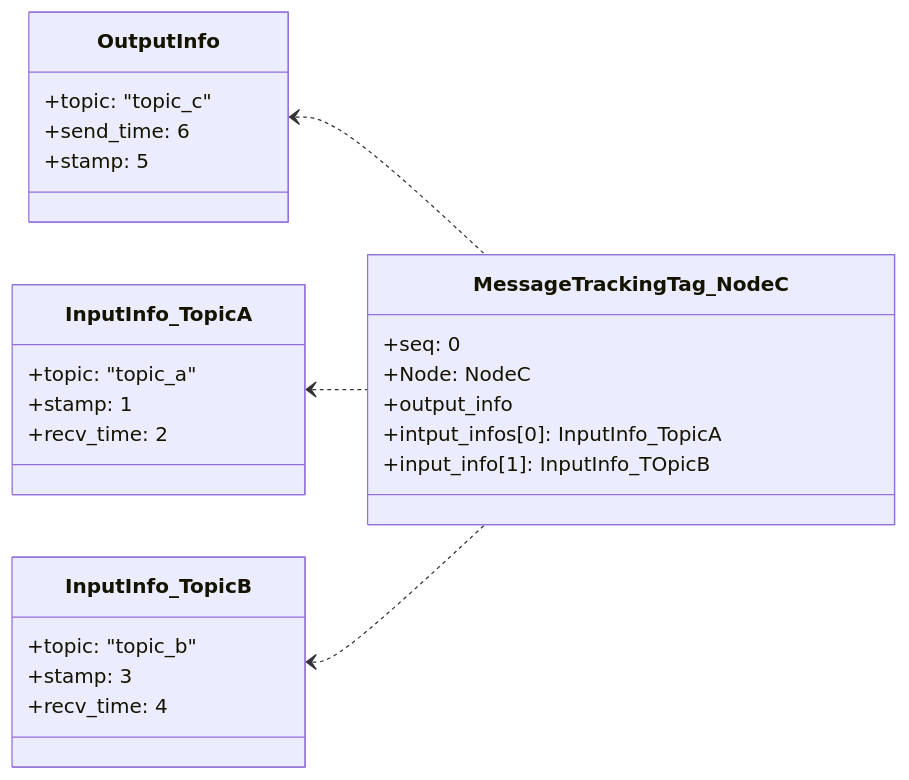
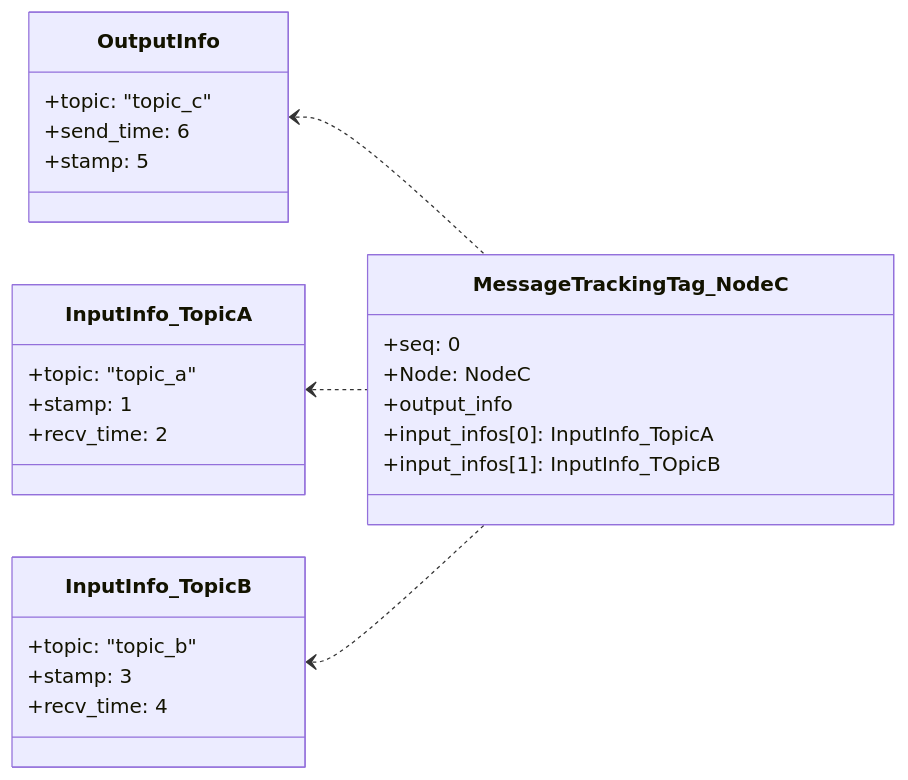
Before and after one commit to tier4/TILDE: the third of 7 diagrams in doc/mechanism.md, drawn with Mermaid. The commit also changed other lines of this file and 3 other files, not shown here.

````diff
--- a/doc/mechanism.md
+++ b/doc/mechanism.md
@@ -116,29 +116,29 @@
 ```mermaid
 classDiagram
   direction LR
   OutputInfo <.. MessageTrackingTag_NodeC
   InputInfo_TopicA <.. MessageTrackingTag_NodeC
   InputInfo_TopicB <.. MessageTrackingTag_NodeC
   class MessageTrackingTag_NodeC {
     +seq: 0
     +Node: NodeC
     +output_info
-    +intput_infos[0]: InputInfo_TopicA
-    +input_info[1]: InputInfo_TOpicB
+    +input_infos[0]: InputInfo_TopicA
+    +input_infos[1]: InputInfo_TOpicB
   }
   class OutputInfo {
     +topic: "topic_c"
     +send_time: 6
     +stamp: 5
   }
   class InputInfo_TopicA {
     +topic: "topic_a"
     +stamp: 1
     +recv_time: 2
   }
   class InputInfo_TopicB {
     +topic: "topic_b"
     +stamp: 3
     +recv_time: 4
   }
 ```
````
